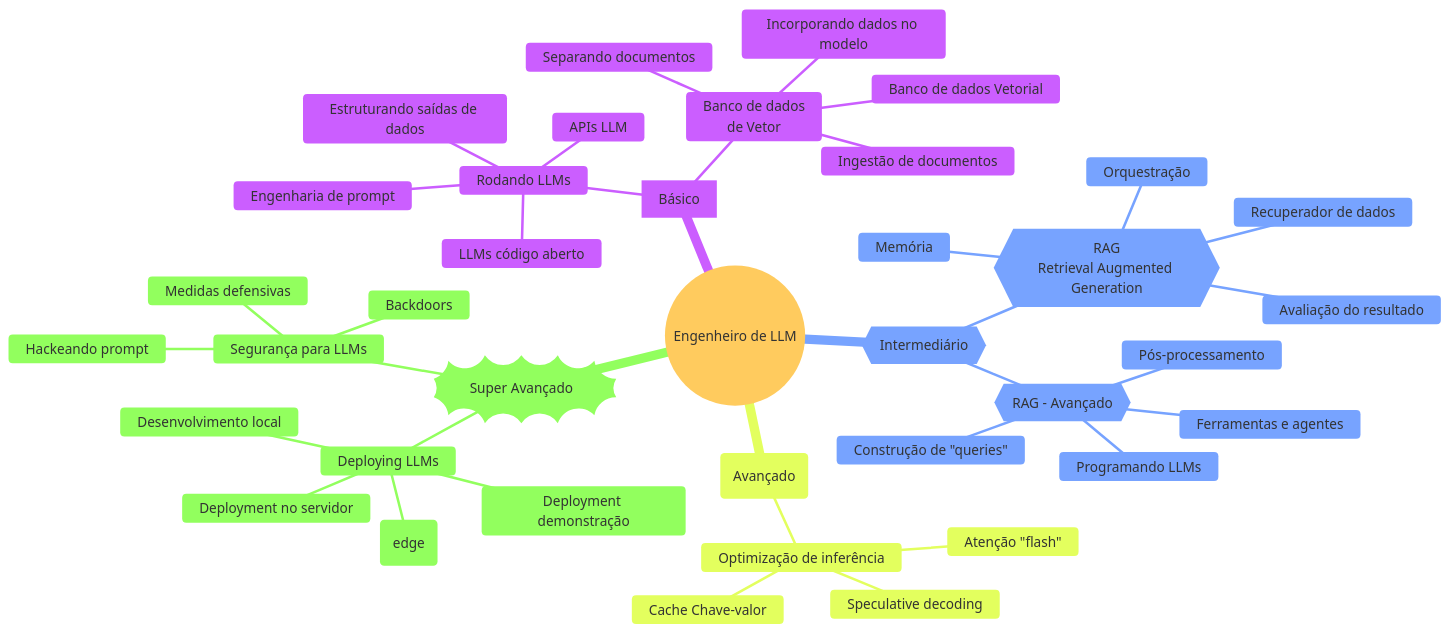
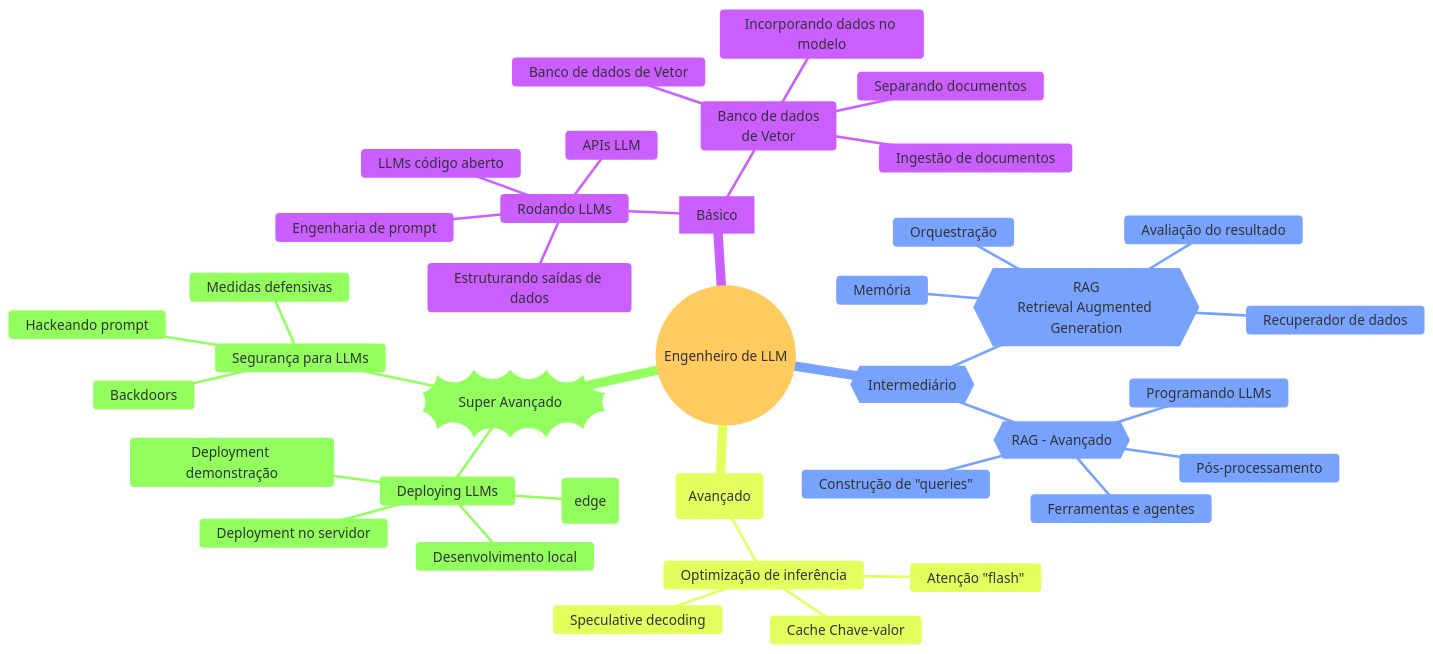
One commit to paulorcf/curso-de-llm changed the diagram in diagrams/roadmap_engineer.mermaid. Above: the diagram before and after it, drawn with Mermaid. The commit also changed 2 other files, not shown here.

Commit message:
fix mermaid files names and generate new images

```diff
--- a/diagrams/roadmap_engineer.mermaid
+++ b/diagrams/roadmap_engineer.mermaid
@@ -1,65 +1,65 @@
 %%{init: {
     'theme': 'base',
     'fontFamily' : 'verdana',
     'fontSize' : '11'
 }}%%
 
 %% https://mermaid.js.org/config/theming.html
 %% default, neutral, dark, forest, base
 
 %% @paulorcf - 04.2024 - v1
 
 mindmap
     root((Engenheiro de LLM))
         id[Básico]
         ::icon(fa fa-book)
         :::urgent large
             Rodando LLMs
                 ::icon(fas fa-wrench)
                 APIs LLM
                 LLMs código aberto
                 Engenharia de prompt
                 Estruturando saídas de dados
             Banco de dados<br>de Vetor
                 ::icon(fas fa-wrench)
                 Ingestão de documentos
                 Separando documentos
                 Incorporando dados no modelo
-                Banco de dados Vetorial
+                Banco de dados de Vetor
         id{{Intermediário}}
         ::icon(fa fa-book)
         :::urgent large
             {{"RAG<br>Retrieval Augmented Generation"}}
                 ::icon(fas fa-wrench)
                 Orquestração
                 Recuperador de dados
                 Memória
                 Avaliação do resultado
             {{RAG - Avançado}}
                 ::icon(fas fa-wrench)
                 Construção de "queries"
                 Ferramentas e agentes
                 Pós-processamento
                 Programando LLMs
         id(Avançado)
         ::icon(fa fa-book)
         :::urgent large
             Optimização de inferência
                 ::icon(fas fa-wrench)
                 Atenção "flash"
                 Cache Chave-valor
                 Speculative decoding
         id))Super Avançado))
         ::icon(fa fa-book)
         :::urgent large
             Deploying LLMs
                 ::icon(fas fa-wrench)
                 Desenvolvimento local
                 Deployment demonstração
                 Deployment no servidor
                 Deployment na borda (edge)
             Segurança para LLMs
                 ::icon(fas fa-wrench)
                 Hackeando prompt
                 Backdoors
                 Medidas defensivas
```
